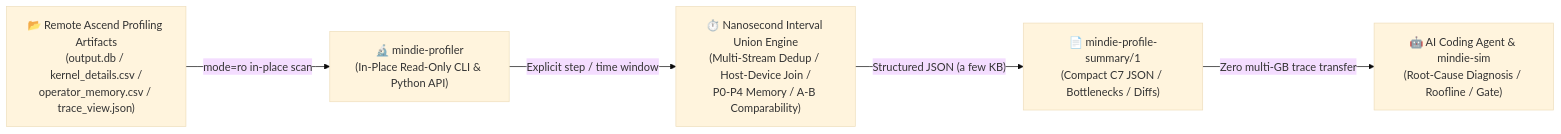
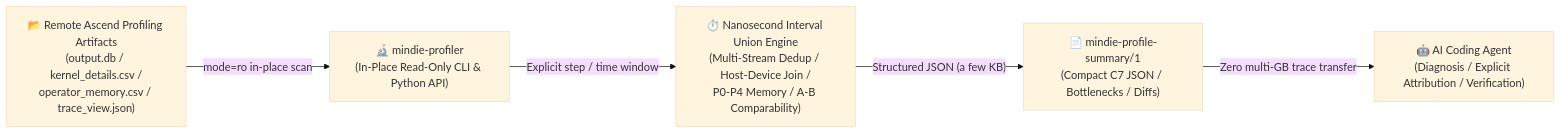
One commit to mindie-agent/profiler changed the diagram in README.en.md. Above: the diagram before and after it, drawn with Mermaid (base theme). The commit also changed other lines of this file and 219 other files, not shown here.

````diff
--- a/README.en.md
+++ b/README.en.md
@@ -41,13 +41,13 @@
 ```mermaid
 flowchart LR
     Artifacts["📂 Remote Ascend Profiling Artifacts<br/>(output.db / kernel_details.csv /<br/>operator_memory.csv / trace_view.json)"]
     CLI["🔬 mindie-profiler<br/>(In-Place Read-Only CLI & Python API)"]
     Union["⏱️ Nanosecond Interval Union Engine<br/>(Multi-Stream Dedup / Host-Device Join /<br/>P0-P4 Memory / A-B Comparability)"]
     C7["📄 mindie-profile-summary/1<br/>(Compact C7 JSON / Bottlenecks / Diffs)"]
-    Consumer["🤖 AI Coding Agent & mindie-sim<br/>(Root-Cause Diagnosis / Roofline / Gate)"]
+    Consumer["🤖 AI Coding Agent<br/>(Diagnosis / Explicit Attribution / Verification)"]
 
     Artifacts -->|"mode=ro in-place scan"| CLI
     CLI -->|"Explicit step / time window"| Union
     Union -->|"Structured JSON (a few KB)"| C7
     C7 -->|"Zero multi-GB trace transfer"| Consumer
 ```
````
